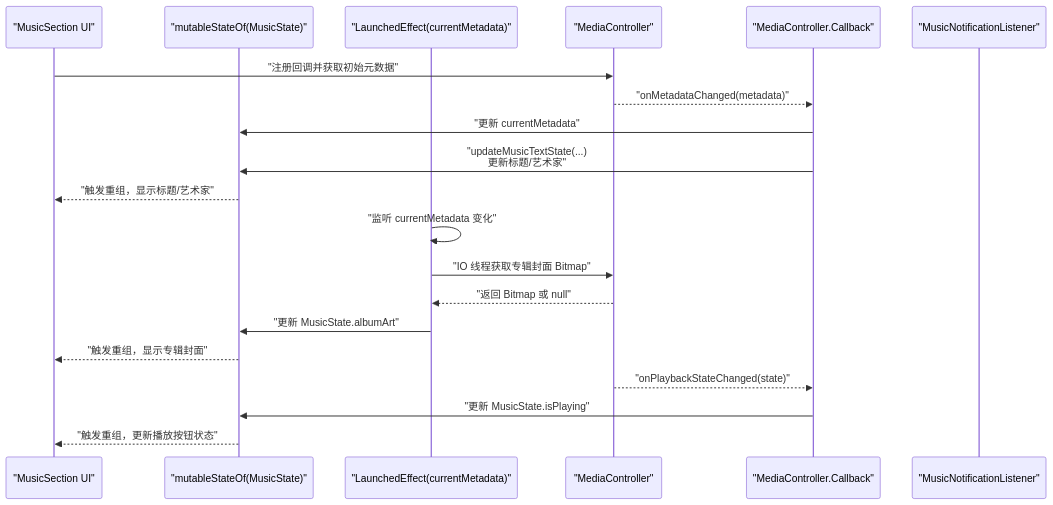
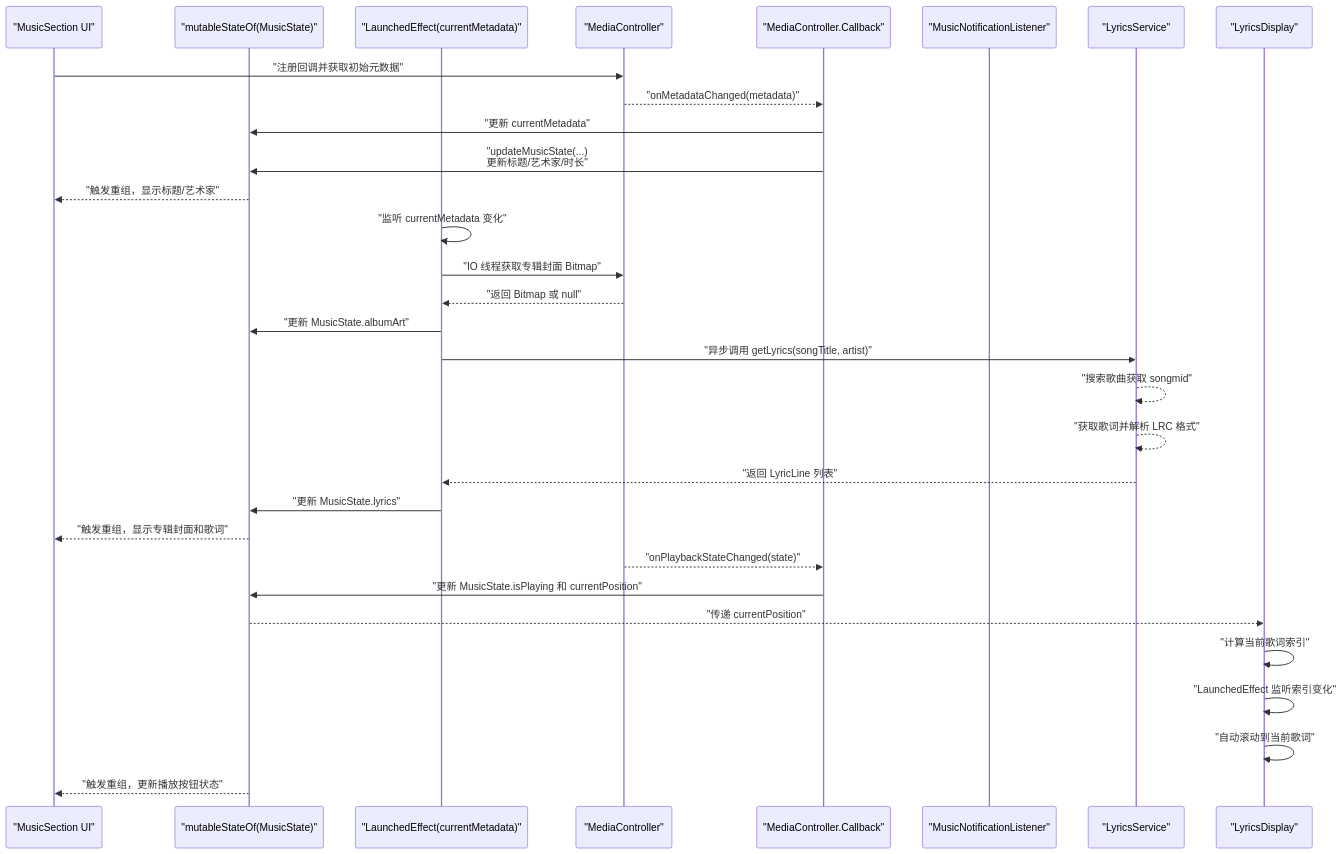
The second of 4 diagrams in .qoder/repowiki/zh/content/核心功能/音乐控制/音乐状态管理.md (lantongxue/MyCarLauncher), drawn with Mermaid before and after one commit. The commit also changed other lines of this file and 3 other files, not shown here.

````diff
--- a/.qoder/repowiki/zh/content/核心功能/音乐控制/音乐状态管理.md
+++ b/.qoder/repowiki/zh/content/核心功能/音乐控制/音乐状态管理.md
@@ -82,22 +99,33 @@
 ```mermaid
 sequenceDiagram
 participant UI as "MusicSection UI"
 participant State as "mutableStateOf(MusicState)"
 participant Effect as "LaunchedEffect(currentMetadata)"
 participant MC as "MediaController"
 participant CB as "MediaController.Callback"
 participant NLS as "MusicNotificationListener"
+participant LS as "LyricsService"
+participant LD as "LyricsDisplay"
 UI->>MC : "注册回调并获取初始元数据"
 MC-->>CB : "onMetadataChanged(metadata)"
 CB->>State : "更新 currentMetadata"
-CB->>State : "updateMusicTextState(...)<br/>更新标题/艺术家"
+CB->>State : "updateMusicState(...)<br/>更新标题/艺术家/时长"
 State-->>UI : "触发重组，显示标题/艺术家"
 Effect->>Effect : "监听 currentMetadata 变化"
 Effect->>MC : "IO 线程获取专辑封面 Bitmap"
 MC-->>Effect : "返回 Bitmap 或 null"
 Effect->>State : "更新 MusicState.albumArt"
-State-->>UI : "触发重组，显示专辑封面"
+Effect->>LS : "异步调用 getLyrics(songTitle, artist)"
+LS-->>LS : "搜索歌曲获取 songmid"
+LS-->>LS : "获取歌词并解析 LRC 格式"
+LS-->>Effect : "返回 LyricLine 列表"
+Effect->>State : "更新 MusicState.lyrics"
+State-->>UI : "触发重组，显示专辑封面和歌词"
 MC-->>CB : "onPlaybackStateChanged(state)"
-CB->>State : "更新 MusicState.isPlaying"
+CB->>State : "更新 MusicState.isPlaying 和 currentPosition"
+State-->>LD : "传递 currentPosition"
+LD->>LD : "计算当前歌词索引"
+LD->>LD : "LaunchedEffect 监听索引变化"
+LD->>LD : "自动滚动到当前歌词"
 State-->>UI : "触发重组，更新播放按钮状态"
 ```
````
